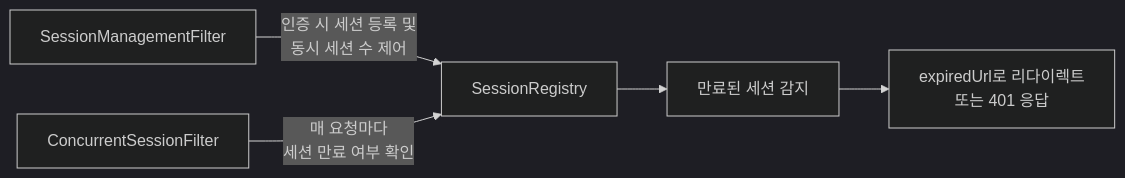
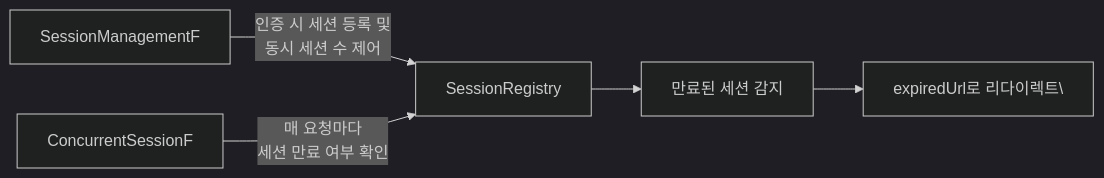
The fourth of 4 diagrams in _posts/security/2021-02-18-세션 제어 필터.md (yjkim2015/yjkim2015.github.io), drawn with Mermaid (dark theme) before and after one commit. The commit also changed other lines of this file and 271 other files, not shown here.

First line of the commit message:
Mermaid 라벨 축소: 긴 노드 텍스트 18자 이하로 트림 + \n 제거

````diff
--- a/_posts/security/2021-02-18-세션 제어 필터.md
+++ b/_posts/security/2021-02-18-세션 제어 필터.md
@@ -148,7 +148,7 @@
 ```mermaid
 flowchart LR
-    A["SessionManagementFilter"] -- "인증 시 세션 등록 및\n동시 세션 수 제어" --> B["SessionRegistry"]
-    C["ConcurrentSessionFilter"] -- "매 요청마다\n세션 만료 여부 확인" --> B
+    A["SessionManagementF"] -- "인증 시 세션 등록 및\n동시 세션 수 제어" --> B["SessionRegistry"]
+    C["ConcurrentSessionF"] -- "매 요청마다\n세션 만료 여부 확인" --> B
     B --> D["만료된 세션 감지"]
-    D --> E["expiredUrl로 리다이렉트\n또는 401 응답"]
+    D --> E["expiredUrl로 리다이렉트\"]
 ```
````
